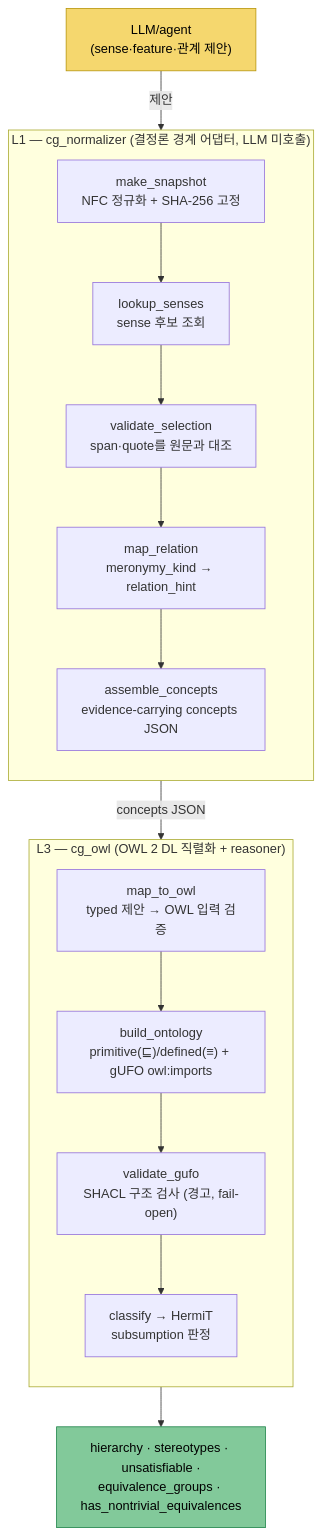
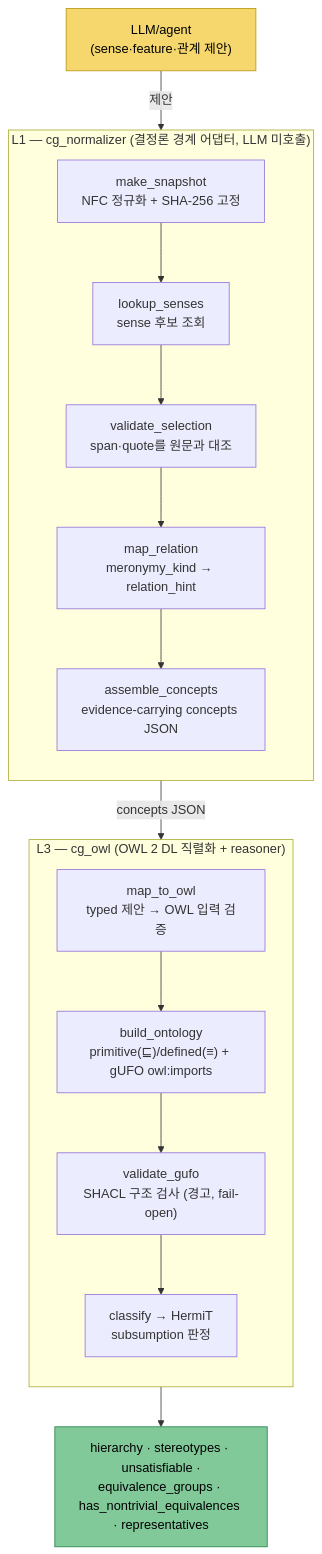
Before and after one commit to goodand/concept-gate-taxonomy: the first of 3 diagrams in docs/mechanism.md, drawn with Mermaid. The commit also changed other lines of this file and 3 other files, not shown here.

````diff
--- a/docs/mechanism.md
+++ b/docs/mechanism.md
@@ -9,30 +9,30 @@
 ```mermaid
 flowchart TB
     AGENT["LLM/agent<br/>(sense·feature·관계 제안)"]:::llm
 
     subgraph L1["L1 — cg_normalizer (결정론 경계 어댑터, LLM 미호출)"]
         direction TB
         SNAP["make_snapshot<br/>NFC 정규화 + SHA-256 고정"]
         LOOK["lookup_senses<br/>sense 후보 조회"]
         SEL["validate_selection<br/>span·quote를 원문과 대조"]
         CROSS["map_relation<br/>meronymy_kind → relation_hint"]
         ASM["assemble_concepts<br/>evidence-carrying concepts JSON"]
         SNAP --> LOOK --> SEL --> CROSS --> ASM
     end
 
     subgraph L3["L3 — cg_owl (OWL 2 DL 직렬화 + reasoner)"]
         direction TB
         MAP["map_to_owl<br/>typed 제안 → OWL 입력 검증"]
         BUILD["build_ontology<br/>primitive(⊑)/defined(≡) + gUFO owl:imports"]
         SHACL["validate_gufo<br/>SHACL 구조 검사 (경고, fail-open)"]
         HERMIT["classify → HermiT<br/>subsumption 판정"]
         MAP --> BUILD --> SHACL --> HERMIT
     end
 
     AGENT -->|"제안"| SNAP
     ASM -->|"concepts JSON"| MAP
-    HERMIT --> OUT["hierarchy · stereotypes · unsatisfiable ·<br/>equivalence_groups · has_nontrivial_equivalences"]:::out
+    HERMIT --> OUT["hierarchy · stereotypes · unsatisfiable ·<br/>equivalence_groups · has_nontrivial_equivalences · representatives"]:::out
 
     classDef llm fill:#f5d76e,stroke:#b7950b,color:#000
     classDef out fill:#82c99a,stroke:#1e8449,color:#000
 ```
````
